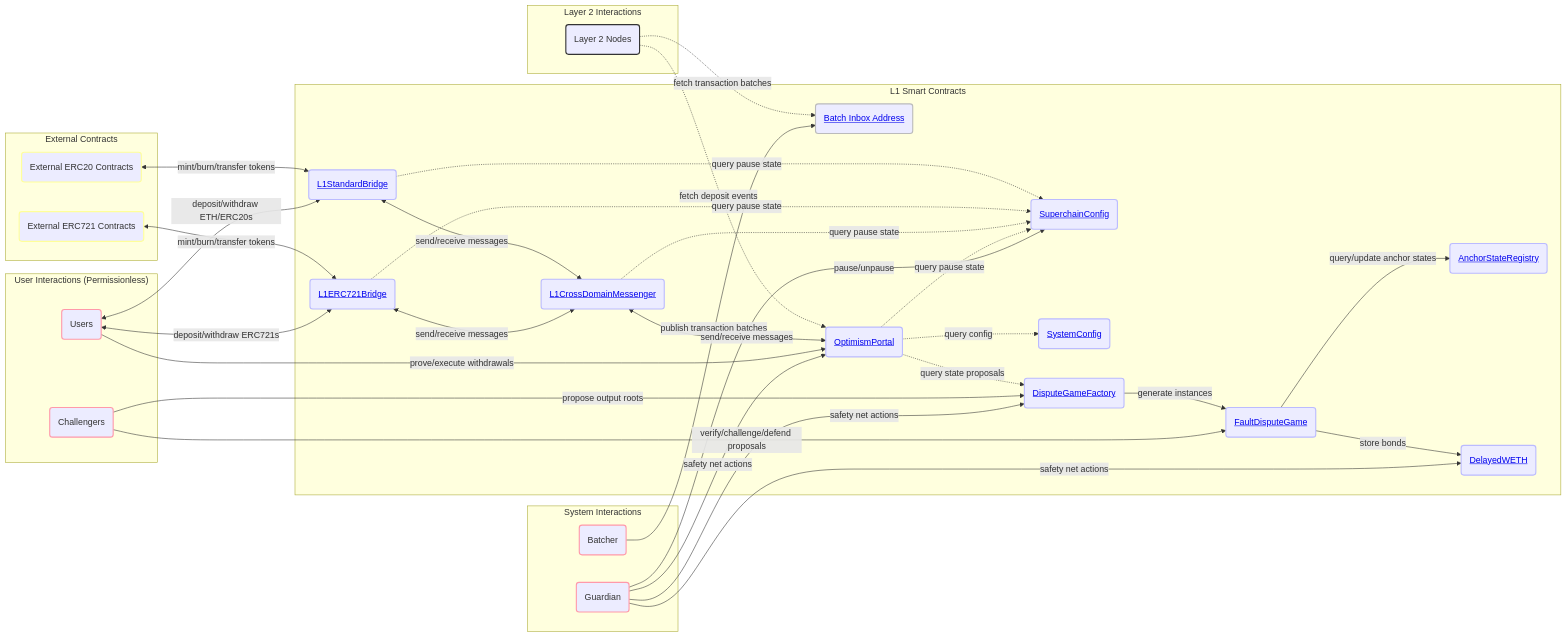
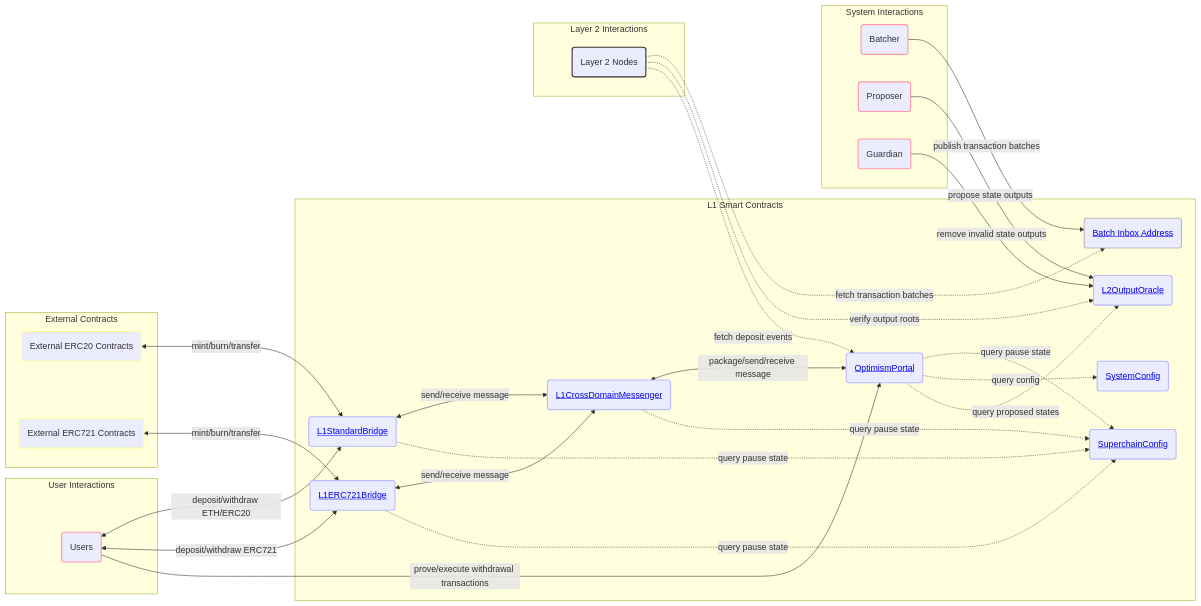
Before and after one commit to BtcLayer/Optimism: the first of 3 diagrams in packages/contracts-bedrock/README.md, drawn with Mermaid. The commit also changed other lines of this file and 467 other files, not shown here.

````diff
--- a/packages/contracts-bedrock/README.md
+++ b/packages/contracts-bedrock/README.md
@@ -55,66 +55,51 @@
         L1StandardBridge(<a href="https://github.com/ethereum-optimism/optimism/tree/develop/packages/contracts-bedrock/src/L1/L1StandardBridge.sol">L1StandardBridge</a>)
         L1ERC721Bridge(<a href="https://github.com/ethereum-optimism/optimism/tree/develop/packages/contracts-bedrock/src/L1/L1ERC721Bridge.sol">L1ERC721Bridge</a>)
         L1CrossDomainMessenger(<a href="https://github.com/ethereum-optimism/optimism/tree/develop/packages/contracts-bedrock/src/L1/L1CrossDomainMessenger.sol">L1CrossDomainMessenger</a>)
+        L2OutputOracle(<a href="https://github.com/ethereum-optimism/optimism/tree/develop/packages/contracts-bedrock/src/L1/L2OutputOracle.sol">L2OutputOracle</a>)
         OptimismPortal(<a href="https://github.com/ethereum-optimism/optimism/tree/develop/packages/contracts-bedrock/src/L1/OptimismPortal.sol">OptimismPortal</a>)
         SuperchainConfig(<a href="https://github.com/ethereum-optimism/optimism/tree/develop/packages/contracts-bedrock/src/L1/SuperchainConfig.sol">SuperchainConfig</a>)
         SystemConfig(<a href="https://github.com/ethereum-optimism/optimism/tree/develop/packages/contracts-bedrock/src/L1/SystemConfig.sol">SystemConfig</a>)
-        DisputeGameFactory(<a href="https://github.com/ethereum-optimism/optimism/tree/develop/packages/contracts-bedrock/src/dispute/DisputeGameFactory.sol">DisputeGameFactory</a>)
-        FaultDisputeGame(<a href="https://github.com/ethereum-optimism/optimism/tree/develop/packages/contracts-bedrock/src/dispute/FaultDisputeGame.sol">FaultDisputeGame</a>)
-        AnchorStateRegistry(<a href="https://github.com/ethereum-optimism/optimism/tree/develop/packages/contracts-bedrock/src/dispute/AnchorStateRegistry.sol">AnchorStateRegistry</a>)
-        DelayedWETH(<a href="https://github.com/ethereum-optimism/optimism/tree/develop/packages/contracts-bedrock/src/dispute/weth/DelayedWETH.sol">DelayedWETH</a>)
     end
 
-    subgraph "User Interactions (Permissionless)"
+    subgraph "User Interactions"
         Users(Users)
-        Challengers(Challengers)
     end
 
     subgraph "System Interactions"
+        Batcher(Batcher)
+        Proposer(Proposer)
         Guardian(Guardian)
-        Batcher(Batcher)
     end
 
     subgraph "Layer 2 Interactions"
         L2Nodes(Layer 2 Nodes)
     end
 
+    Batcher -->|publish transaction batches| BatchDataEOA
+    Proposer -->|propose state outputs| L2OutputOracle
+    Guardian -->|remove invalid state outputs| L2OutputOracle
+
+    ExternalERC20 <-->|mint/burn/transfer| L1StandardBridge
+    ExternalERC721 <-->|mint/burn/transfer| L1ERC721Bridge
+
+    L1StandardBridge <-->|send/receive message| L1CrossDomainMessenger
+    L1ERC721Bridge <-->|send/receive message| L1CrossDomainMessenger
+    L1CrossDomainMessenger <-->|package/send/receive message| OptimismPortal
+    L1StandardBridge -.->|query pause state| SuperchainConfig
+    L1ERC721Bridge -.->|query pause state| SuperchainConfig
+    L1CrossDomainMessenger -.->|query pause state| SuperchainConfig
+    OptimismPortal -.->|query pause state| SuperchainConfig
+
+    OptimismPortal -.->|query config| SystemConfig
+    OptimismPortal -.->|query proposed states| L2OutputOracle
+
+    Users <-->|deposit/withdraw ETH/ERC20| L1StandardBridge
+    Users <-->|deposit/withdraw ERC721| L1ERC721Bridge
+    Users -->|prove/execute withdrawal transactions| OptimismPortal
+
     L2Nodes -.->|fetch transaction batches| BatchDataEOA
+    L2Nodes -.->|verify output roots| L2OutputOracle
     L2Nodes -.->|fetch deposit events| OptimismPortal
-
-    Batcher -->|publish transaction batches| BatchDataEOA
-
-    ExternalERC20 <-->|mint/burn/transfer tokens| L1StandardBridge
-    ExternalERC721 <-->|mint/burn/transfer tokens| L1ERC721Bridge
-
-    L1StandardBridge <-->|send/receive messages| L1CrossDomainMessenger
-    L1StandardBridge -.->|query pause state| SuperchainConfig
-
-    L1ERC721Bridge <-->|send/receive messages| L1CrossDomainMessenger
-    L1ERC721Bridge -.->|query pause state| SuperchainConfig
-
-    L1CrossDomainMessenger <-->|send/receive messages| OptimismPortal
-    L1CrossDomainMessenger -.->|query pause state| SuperchainConfig
-
-    OptimismPortal -.->|query pause state| SuperchainConfig
-    OptimismPortal -.->|query config| SystemConfig
-    OptimismPortal -.->|query state proposals| DisputeGameFactory
-
-    DisputeGameFactory -->|generate instances| FaultDisputeGame
-
-    FaultDisputeGame -->|store bonds| DelayedWETH
-    FaultDisputeGame -->|query/update anchor states| AnchorStateRegistry
-
-    Users <-->|deposit/withdraw ETH/ERC20s| L1StandardBridge
-    Users <-->|deposit/withdraw ERC721s| L1ERC721Bridge
-    Users -->|prove/execute withdrawals| OptimismPortal
-
-    Challengers -->|propose output roots| DisputeGameFactory
-    Challengers -->|verify/challenge/defend proposals| FaultDisputeGame
-
-    Guardian -->|pause/unpause| SuperchainConfig
-    Guardian -->|safety net actions| OptimismPortal
-    Guardian -->|safety net actions| DisputeGameFactory
-    Guardian -->|safety net actions| DelayedWETH
 
     classDef extContracts stroke:#ff9,stroke-width:2px;
     classDef l1Contracts stroke:#bbf,stroke-width:2px;
@@ -123,9 +108,9 @@
     classDef systemUser stroke:#f9a,stroke-width:2px;
     classDef l2Nodes stroke:#333,stroke-width:2px
     class ExternalERC20,ExternalERC721 extContracts;
-    class L1StandardBridge,L1ERC721Bridge,L1CrossDomainMessenger,OptimismPortal,SuperchainConfig,SystemConfig,DisputeGameFactory,FaultDisputeGame,DelayedWETH,AnchorStateRegistry l1Contracts;
+    class L1StandardBridge,L1ERC721Bridge,L1CrossDomainMessenger,L2OutputOracle,OptimismPortal,SuperchainConfig,SystemConfig l1Contracts;
     class BatchDataEOA l1EOA;
-    class Users,Challengers userInt;
-    class Batcher,Guardian systemUser;
+    class Users userInt;
+    class Batcher,Proposer,Guardian systemUser;
     class L2Nodes l2Nodes;
 ```
````
